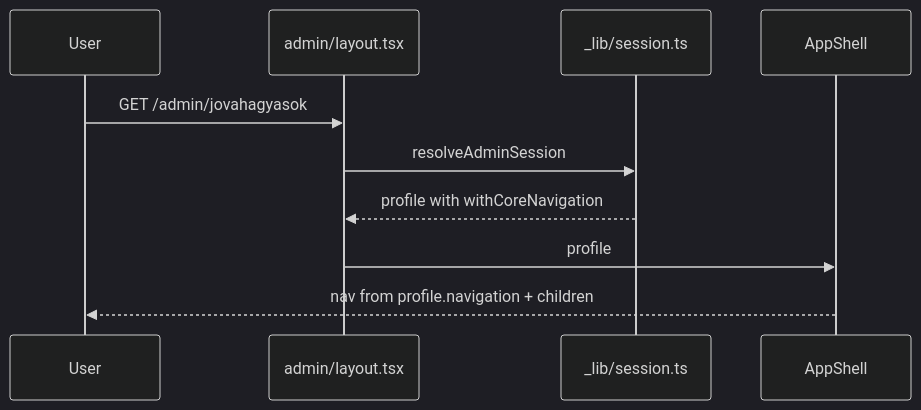
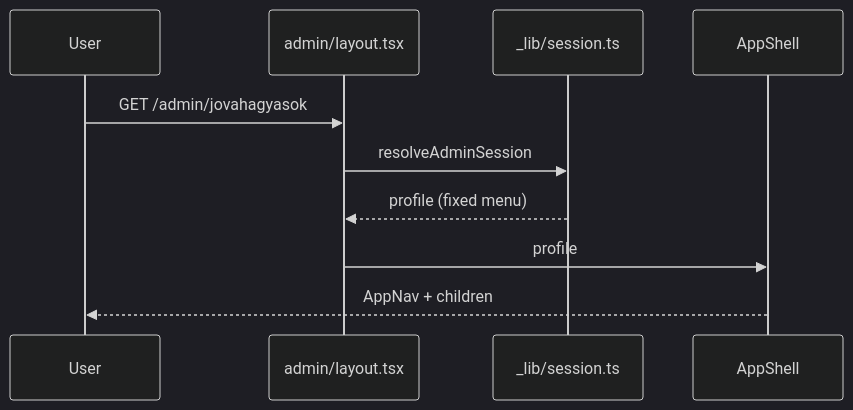
One commit to bbotond83/waldorf-community-task-manager changed the fifth of 5 diagrams in aidlc/spaces/default/codekb/waldorf-community-task-manager/architecture.md. Above: the diagram before and after it, drawn with Mermaid (dark theme). The commit also changed other lines of this file and 89 other files, not shown here.

````diff
--- a/aidlc/spaces/default/codekb/waldorf-community-task-manager/architecture.md
+++ b/aidlc/spaces/default/codekb/waldorf-community-task-manager/architecture.md
@@ -71,12 +106,12 @@
 ```mermaid
 sequenceDiagram
   participant U as User
   participant L as admin/layout.tsx
   participant S as _lib/session.ts
   participant A as AppShell
   U->>L: GET /admin/jovahagyasok
   L->>S: resolveAdminSession
-  S-->>L: profile with withCoreNavigation
+  S-->>L: profile (fixed menu)
   L->>A: profile
-  A-->>U: nav from profile.navigation + children
+  A-->>U: AppNav + children
 ```
````
